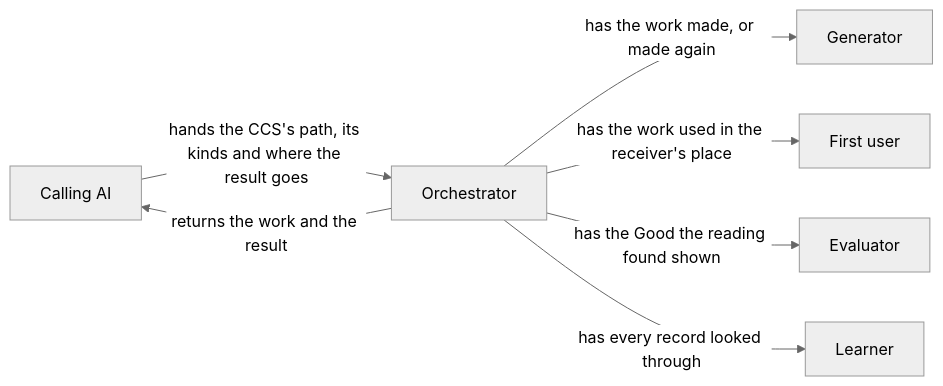
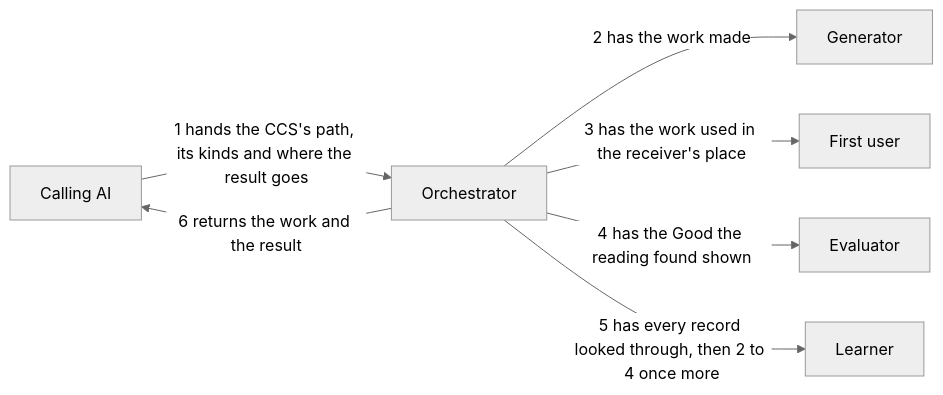
One commit to lovaizu/ccpm changed the diagram in dev/turn/design.md. Above: the diagram before and after it, drawn with Mermaid (neutral theme). The commit also changed other lines of this file and 5 other files, not shown here.

First line of the commit message:
turn: UX, README and design settled from the first readings: one name for the receiver, when a run returns, what each role is given

````diff
--- a/dev/turn/design.md
+++ b/dev/turn/design.md
@@ -19,15 +20,15 @@
 ```mermaid
 flowchart LR
   caller["Calling AI"]
   orch["Orchestrator"]
   gen["Generator"]
   fu["First user"]
   ev["Evaluator"]
   le["Learner"]
-  caller -->|hands the CCS's path, its kinds and where the result goes| orch
-  orch -->|returns the work and the result| caller
-  orch -->|has the work made, or made again| gen
-  orch -->|has the work used in the receiver's place| fu
-  orch -->|has the Good the reading found shown| ev
-  orch -->|has every record looked through| le
+  caller -->|1 hands the CCS's path, its kinds and where the result goes| orch
+  orch -->|2 has the work made| gen
+  orch -->|3 has the work used in the receiver's place| fu
+  orch -->|4 has the Good the reading found shown| ev
+  orch -->|5 has every record looked through, then 2 to 4 once more| le
+  orch -->|6 returns the work and the result| caller
 ```
````
